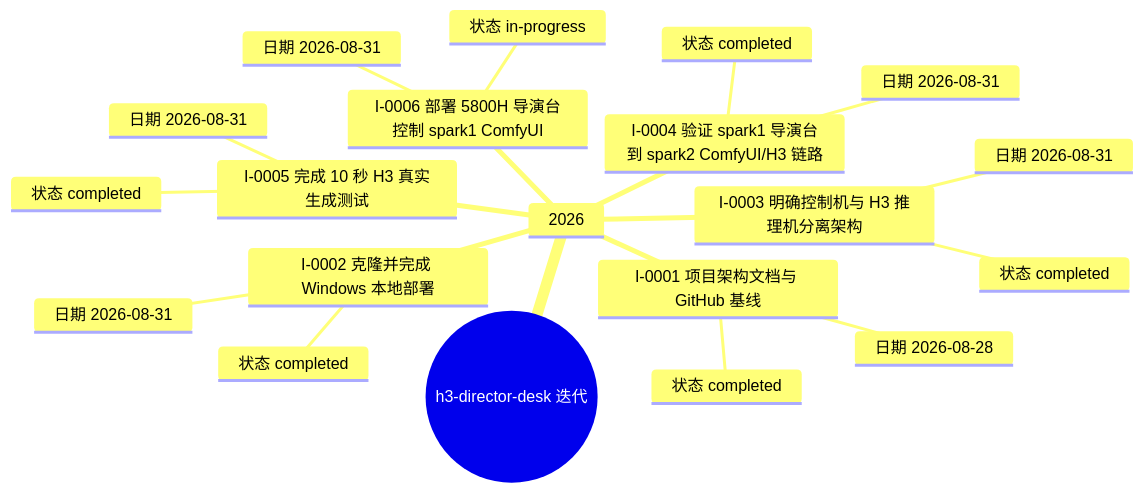
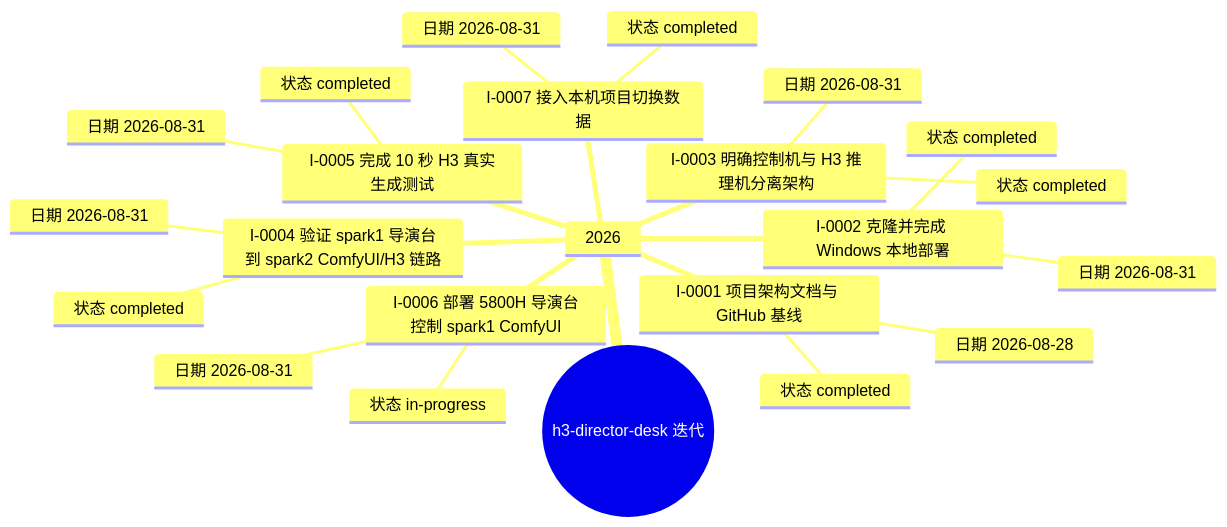
Before and after one commit to Exalex/h3-director-desk: the diagram in docs/project-evolution/mindmaps/iterations.md, drawn with Mermaid. The commit also changed other lines of this file and 33 other files, not shown here.

````diff
--- a/docs/project-evolution/mindmaps/iterations.md
+++ b/docs/project-evolution/mindmaps/iterations.md
@@ -5,23 +5,26 @@
 ```mermaid
 mindmap
   root((h3-director-desk 迭代))
     2026
       I-0001 项目架构文档与 GitHub 基线
         状态 completed
         日期 2026-08-28
       I-0002 克隆并完成 Windows 本地部署
         状态 completed
         日期 2026-08-31
       I-0003 明确控制机与 H3 推理机分离架构
         状态 completed
         日期 2026-08-31
       I-0004 验证 spark1 导演台到 spark2 ComfyUI/H3 链路
         状态 completed
         日期 2026-08-31
       I-0005 完成 10 秒 H3 真实生成测试
         状态 completed
         日期 2026-08-31
       I-0006 部署 5800H 导演台控制 spark1 ComfyUI
         状态 in-progress
         日期 2026-08-31
+      I-0007 接入本机项目切换数据
+        状态 completed
+        日期 2026-08-31
 ```
````
